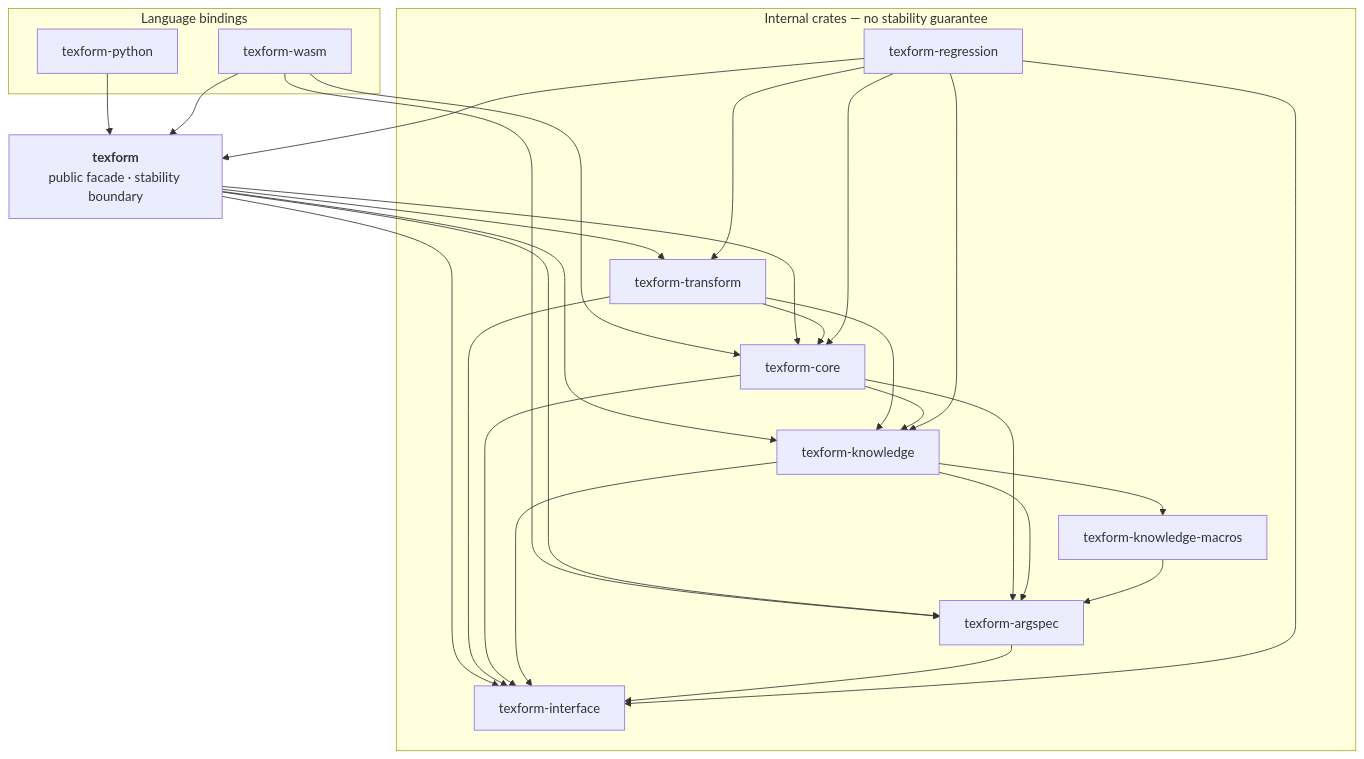
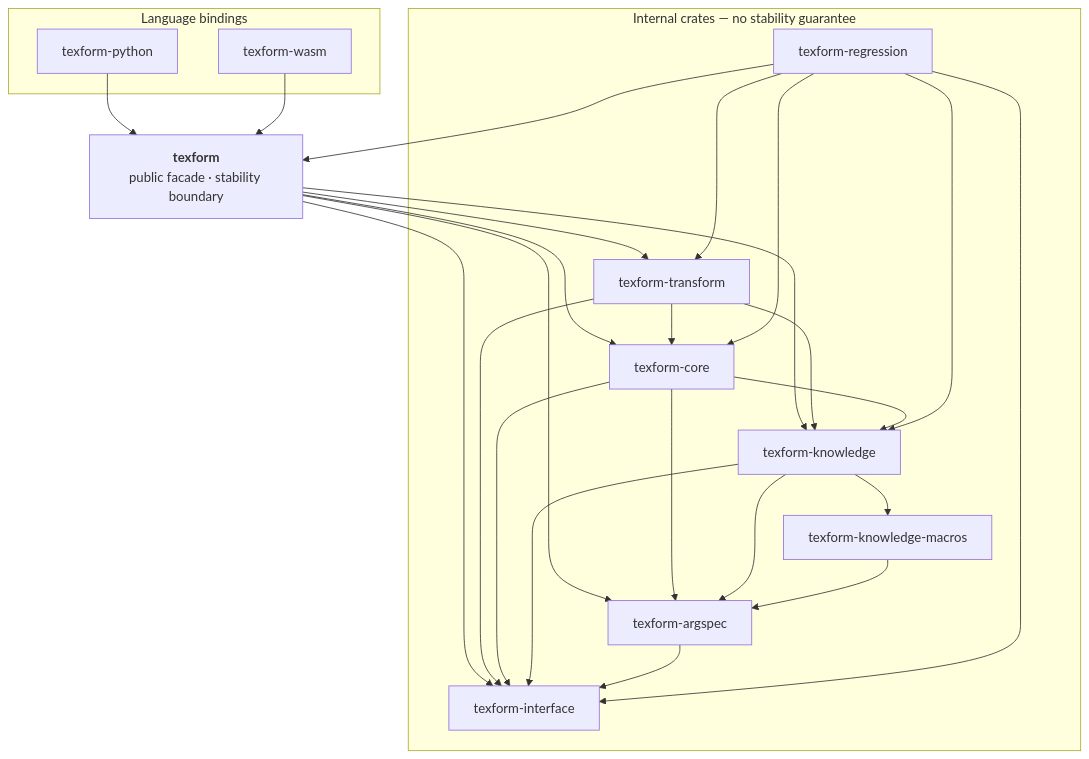
One commit to texform-dev/texform changed the diagram in ARCHITECTURE.md. Above: the diagram before and after it, drawn with Mermaid. The commit also changed other lines of this file and 15 other files, not shown here.

````diff
--- a/ARCHITECTURE.md
+++ b/ARCHITECTURE.md
@@ -9,45 +9,43 @@
 ```mermaid
 graph TD
     subgraph bindings["Language bindings"]
         py["texform-python"]
         wasm["texform-wasm"]
     end
 
     facade["<b>texform</b><br/>public facade · stability boundary"]
 
     subgraph internal["Internal crates — no stability guarantee"]
         transform["texform-transform"]
         core["texform-core"]
         knowledge["texform-knowledge"]
         knowledge_macros["texform-knowledge-macros"]
         argspec["texform-argspec"]
         interface["texform-interface"]
         regression["texform-regression"]
     end
 
     py --> facade
     wasm --> facade
-    wasm --> core
-    wasm --> argspec
     facade --> transform
     facade --> core
     facade --> knowledge
     facade --> argspec
     facade --> interface
     transform --> core
     transform --> knowledge
     transform --> interface
     core --> knowledge
     core --> argspec
     core --> interface
     knowledge --> argspec
     knowledge --> knowledge_macros
     knowledge --> interface
     knowledge_macros --> argspec
     argspec --> interface
     regression --> facade
     regression --> transform
     regression --> core
     regression --> knowledge
     regression --> interface
 ```
````
